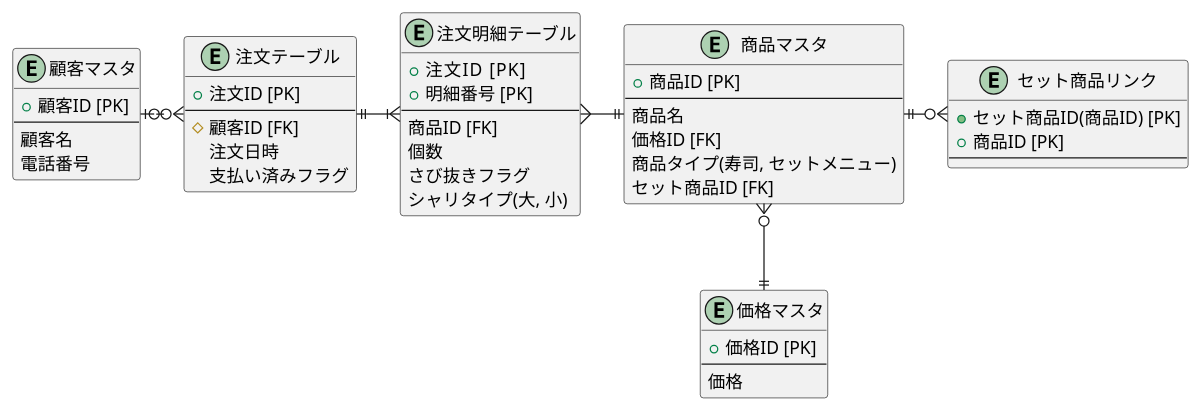
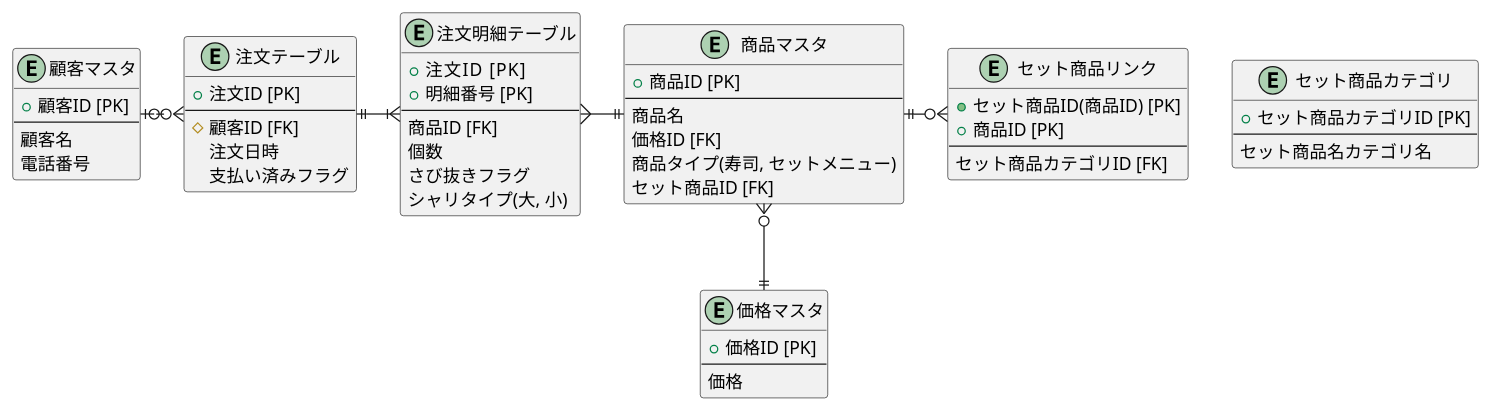
Before and after one commit to cashev/praha-challenge: the diagram in lesson01/task02_01.pu, drawn with PlantUML. The commit also changed 1 other file, not shown here.

```diff
--- a/lesson01/task02_01.pu
+++ b/lesson01/task02_01.pu
@@ -1,83 +1,94 @@
 @startuml
 
 
 entity "顧客マスタ" as customer {
   + 顧客ID [PK]
   --
   顧客名
   電話番号
 }
 
 entity "注文テーブル" as order {
   + 注文ID [PK]
   --
   # 顧客ID [FK]
   注文日時
   支払い済みフラグ
 }
 
 entity "注文明細テーブル" as order_detail {
   + 注文ID   [PK]
   + 明細番号 [PK]
   --
   商品ID [FK]
   個数
   さび抜きフラグ
   シャリタイプ(大, 小)
 }
 
 /'
   セットメニュー, お好みすし
 '/
 entity "商品マスタ" as product {
   + 商品ID [PK]
   --
   商品名
   価格ID [FK]
   商品タイプ(寿司, セットメニュー)
   セット商品ID [FK]
 }
 
 /'
   セットメニューの寿司ネタをリンクする
 '/
 entity "セット商品リンク" as set_product {
   + セット商品ID(商品ID) [PK]
   + 商品ID [PK]
   --
+  セット商品カテゴリID [FK]
+}
+
+/'
+  セット商品のカテゴリ名
+  例:盛り込み、にぎり
+'/
+entity "セット商品カテゴリ" as set_product_category {
+  + セット商品カテゴリID [PK]
+  --
+  セット商品名カテゴリ名
 }
 
 /'
   価格IDで価格を管理
 
   いけていない点
     寿司の皿ごとに値段を設定可能だが、
     セットメニューそれぞれに価格IDが必要
 '/
 entity "価格マスタ" as price {
   + 価格ID [PK]
   --
   価格
 }
 
 /'
   関係性
   ------   :1
   ----||   :1 and only 1
   ----o|   :0 or 1
   -----{   :many
   ----|{   :1 or more
   ----o{   :0 or many
 
   entityの位置
   ri ...right
   le ...left
   do ...down
 '/
 customer       |o-ri-o{     order
 order          ||-ri-|{     order_detail
 order_detail   }-ri-||      product
 product        ||-ri-o{     set_product
 product        }o-do-||     price
 
 @enduml
```
